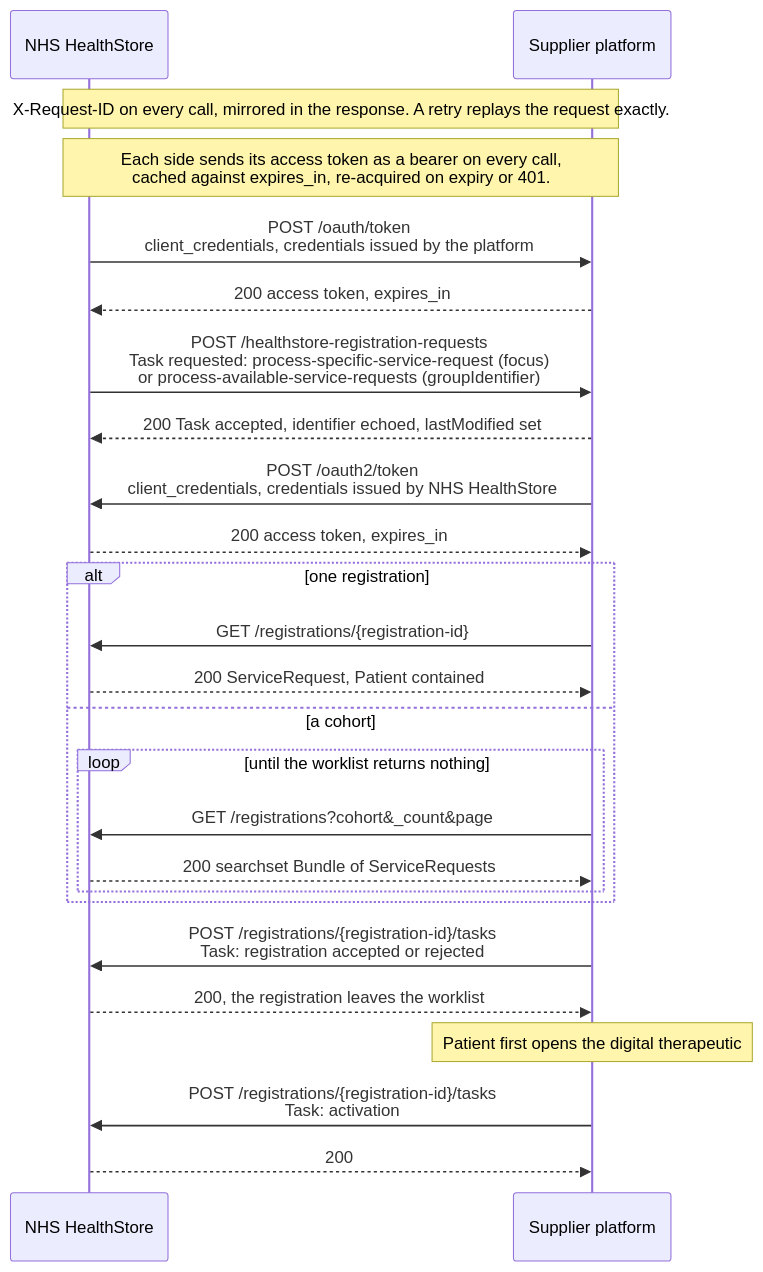
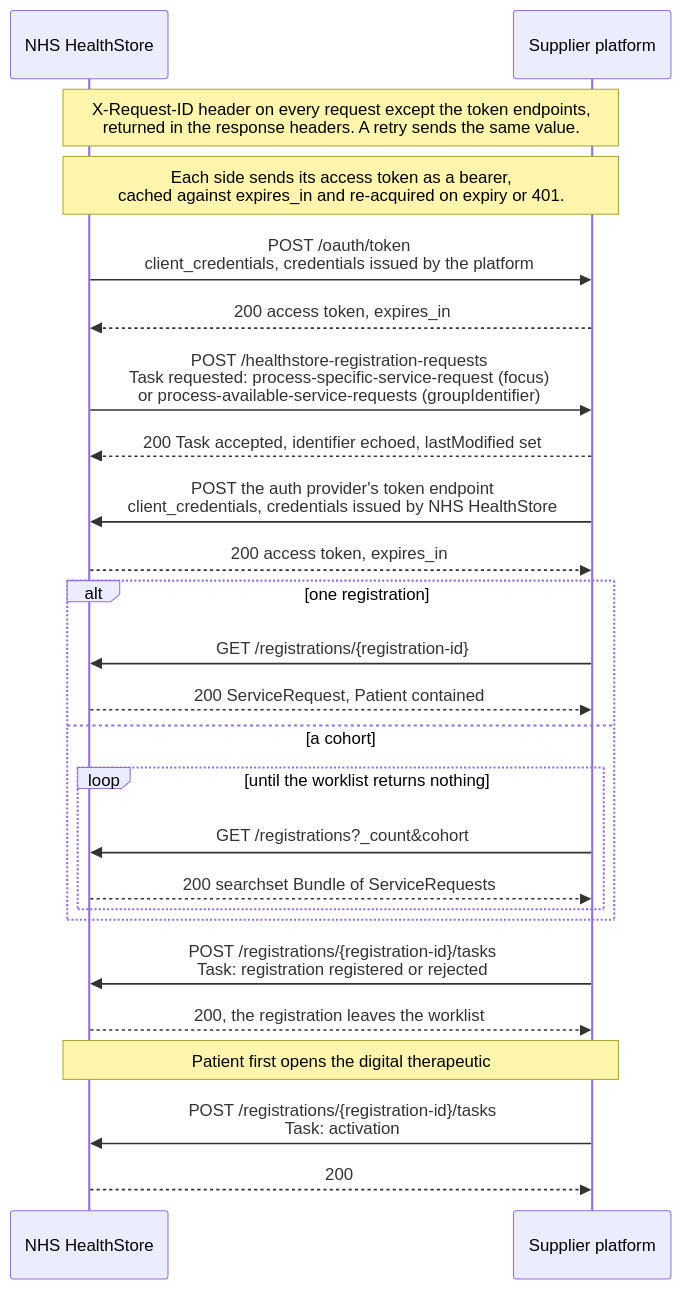
One commit to NHSDigital/healthstore-dtx-supplier-integration-framework changed the diagram in docs/registration-api/registration-sequence.mmd. Above: the diagram before and after it, drawn with Mermaid. The commit also changed 7 other files, not shown here.

```diff
--- a/docs/registration-api/registration-sequence.mmd
+++ b/docs/registration-api/registration-sequence.mmd
@@ -1,32 +1,32 @@
 sequenceDiagram
     participant HealthStore as NHS HealthStore
     participant Platform as Supplier platform
 
-    Note over HealthStore,Platform: X-Request-ID on every call, mirrored in the response. A retry replays the request exactly.
-    Note over HealthStore,Platform: Each side sends its access token as a bearer on every call,<br/>cached against expires_in, re-acquired on expiry or 401.
+    Note over HealthStore,Platform: X-Request-ID header on every request except the token endpoints,<br/>returned in the response headers. A retry sends the same value.
+    Note over HealthStore,Platform: Each side sends its access token as a bearer,<br/>cached against expires_in and re-acquired on expiry or 401.
 
     HealthStore->>Platform: POST /oauth/token<br/>client_credentials, credentials issued by the platform
     Platform-->>HealthStore: 200 access token, expires_in
 
     HealthStore->>Platform: POST /healthstore-registration-requests<br/>Task requested: process-specific-service-request (focus)<br/>or process-available-service-requests (groupIdentifier)
     Platform-->>HealthStore: 200 Task accepted, identifier echoed, lastModified set
 
-    Platform->>HealthStore: POST /oauth2/token<br/>client_credentials, credentials issued by NHS HealthStore
+    Platform->>HealthStore: POST the auth provider's token endpoint<br/>client_credentials, credentials issued by NHS HealthStore
     HealthStore-->>Platform: 200 access token, expires_in
 
     alt one registration
         Platform->>HealthStore: GET /registrations/{registration-id}
         HealthStore-->>Platform: 200 ServiceRequest, Patient contained
     else a cohort
         loop until the worklist returns nothing
-            Platform->>HealthStore: GET /registrations?cohort&_count&page
+            Platform->>HealthStore: GET /registrations?_count&cohort
             HealthStore-->>Platform: 200 searchset Bundle of ServiceRequests
         end
     end
 
-    Platform->>HealthStore: POST /registrations/{registration-id}/tasks<br/>Task: registration accepted or rejected
+    Platform->>HealthStore: POST /registrations/{registration-id}/tasks<br/>Task: registration registered or rejected
     HealthStore-->>Platform: 200, the registration leaves the worklist
 
-    Note over Platform: Patient first opens the digital therapeutic
+    Note over HealthStore,Platform: Patient first opens the digital therapeutic
     Platform->>HealthStore: POST /registrations/{registration-id}/tasks<br/>Task: activation
     HealthStore-->>Platform: 200
```
